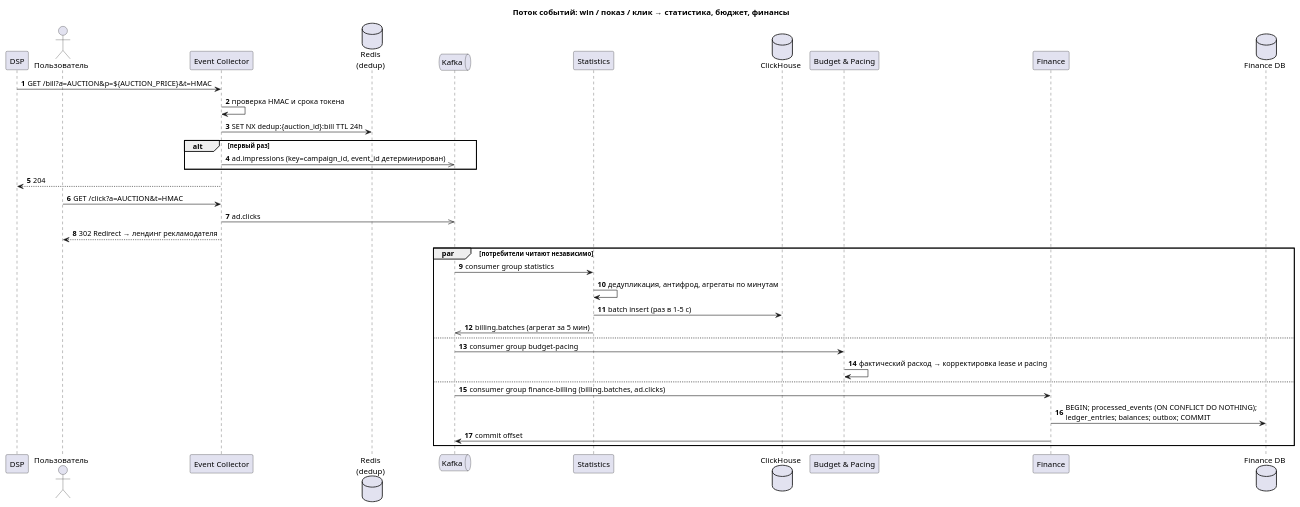
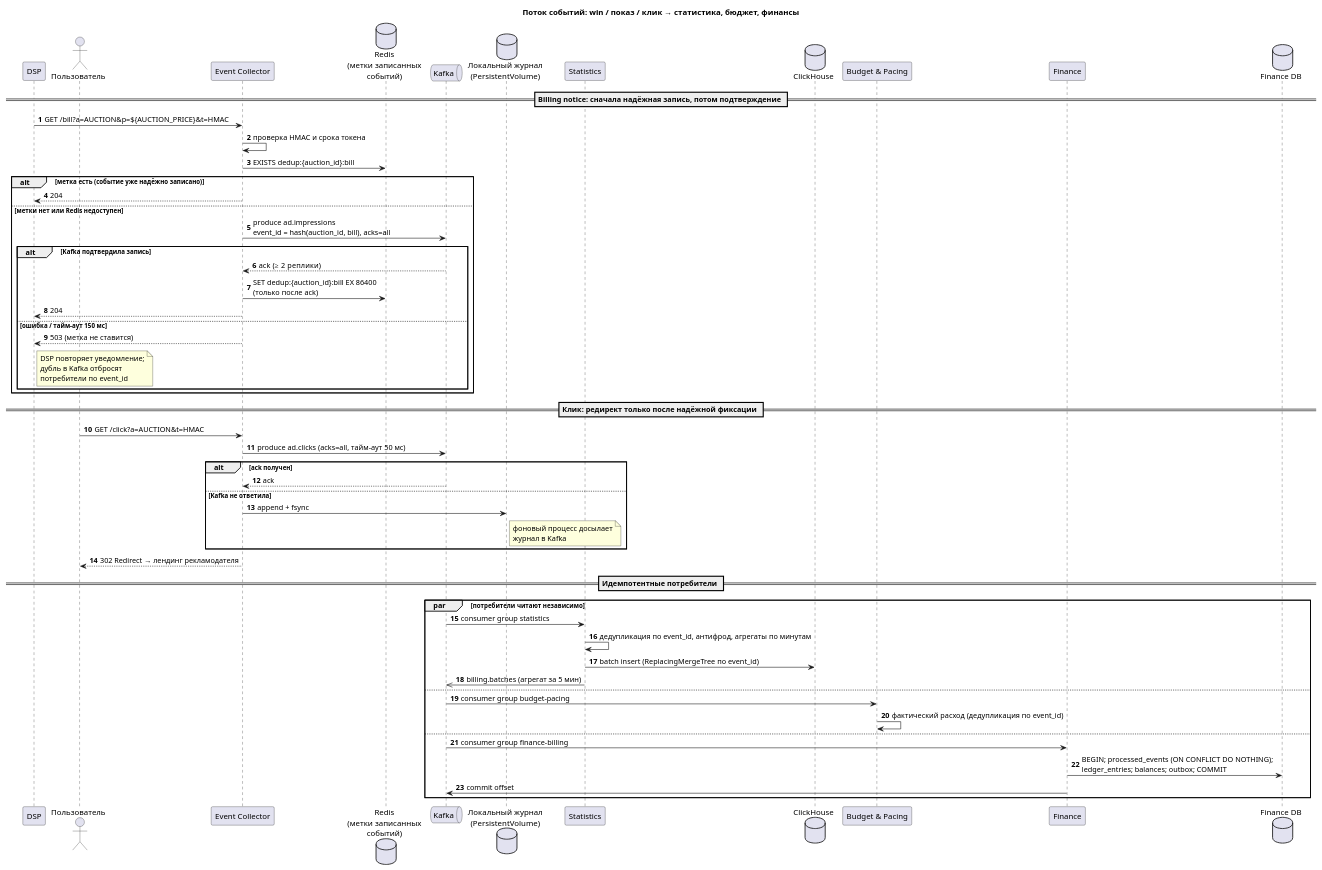
One commit to gru1988/Solution-AdScale changed the diagram in Task2/diagrams/event-flow-sequence.puml. Above: the diagram before and after it, drawn with PlantUML. The commit also changed 1 other file, not shown here.

```diff
--- a/Task2/diagrams/event-flow-sequence.puml
+++ b/Task2/diagrams/event-flow-sequence.puml
@@ -1,41 +1,60 @@
 @startuml
 title Поток событий: win / показ / клик → статистика, бюджет, финансы
 autonumber
 
 participant "DSP" as DSP
 actor "Пользователь" as U
 participant "Event Collector" as EC
-database "Redis\n(dedup)" as R
+database "Redis\n(метки записанных\nсобытий)" as R
 queue "Kafka" as K
+database "Локальный журнал\n(PersistentVolume)" as J
 participant "Statistics" as ST
 database "ClickHouse" as CH
 participant "Budget & Pacing" as BP
 participant "Finance" as FIN
 database "Finance DB" as FDB
 
+== Billing notice: сначала надёжная запись, потом подтверждение ==
 DSP -> EC : GET /bill?a=AUCTION&p=${AUCTION_PRICE}&t=HMAC
 EC -> EC : проверка HMAC и срока токена
-EC -> R : SET NX dedup:{auction_id}:bill TTL 24h
-alt первый раз
-    EC ->> K : ad.impressions (key=campaign_id, event_id детерминирован)
+EC -> R : EXISTS dedup:{auction_id}:bill
+alt метка есть (событие уже надёжно записано)
+    EC --> DSP : 204
+else метки нет или Redis недоступен
+    EC -> K : produce ad.impressions\nevent_id = hash(auction_id, bill), acks=all
+    alt Kafka подтвердила запись
+        K --> EC : ack (≥ 2 реплики)
+        EC -> R : SET dedup:{auction_id}:bill EX 86400\n(только после ack)
+        EC --> DSP : 204
+    else ошибка / тайм-аут 150 мс
+        EC --> DSP : 503 (метка не ставится)
+        note right of DSP : DSP повторяет уведомление;\nдубль в Kafka отбросят\nпотребители по event_id
+    end
 end
-EC --> DSP : 204
 
+== Клик: редирект только после надёжной фиксации ==
 U -> EC : GET /click?a=AUCTION&t=HMAC
-EC ->> K : ad.clicks
+EC -> K : produce ad.clicks (acks=all, тайм-аут 50 мс)
+alt ack получен
+    K --> EC : ack
+else Kafka не ответила
+    EC -> J : append + fsync
+    note right of J : фоновый процесс досылает\nжурнал в Kafka
+end
 EC --> U : 302 Redirect → лендинг рекламодателя
 
+== Идемпотентные потребители ==
 par потребители читают независимо
     K -> ST : consumer group statistics
-    ST -> ST : дедупликация, антифрод, агрегаты по минутам
-    ST -> CH : batch insert (раз в 1–5 с)
+    ST -> ST : дедупликация по event_id, антифрод, агрегаты по минутам
+    ST -> CH : batch insert (ReplacingMergeTree по event_id)
     ST ->> K : billing.batches (агрегат за 5 мин)
 else
     K -> BP : consumer group budget-pacing
-    BP -> BP : фактический расход → корректировка lease и pacing
+    BP -> BP : фактический расход (дедупликация по event_id)
 else
-    K -> FIN : consumer group finance-billing (billing.batches, ad.clicks)
+    K -> FIN : consumer group finance-billing
     FIN -> FDB : BEGIN; processed_events (ON CONFLICT DO NOTHING);\nledger_entries; balances; outbox; COMMIT
     FIN -> K : commit offset
 end
 @enduml
```
